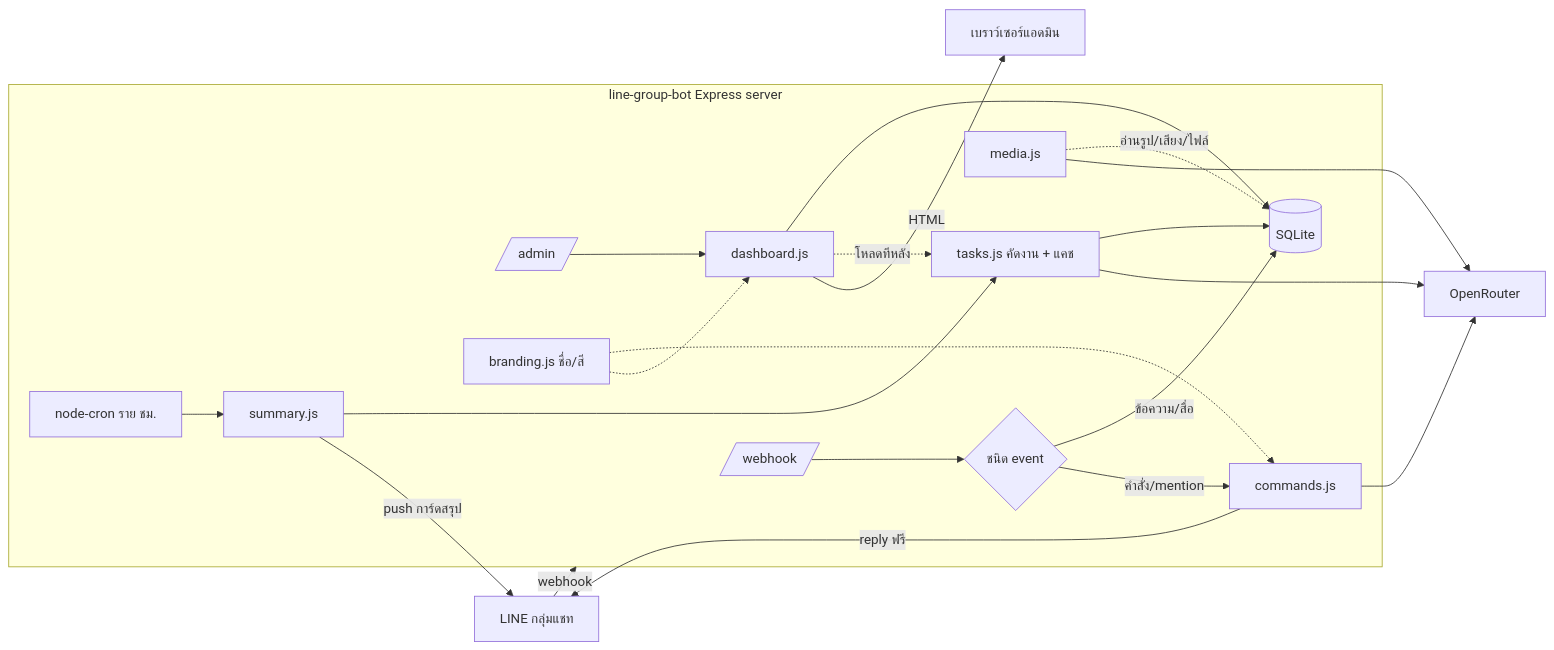
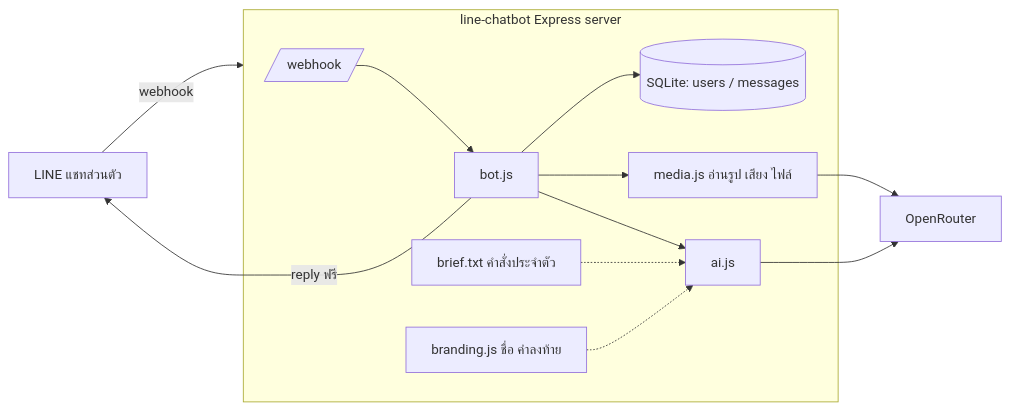
One commit to Panya-037/line-group-bot-share changed the first of 2 diagrams in WORKFLOW.md. Above: the diagram before and after it, drawn with Mermaid. The commit also changed other lines of this file and 28 other files, not shown here.

First line of the commit message:
feat: เปลี่ยนเป็นแชทบอทส่วนตัว 1:1 สั่งหน้าที่ด้วย brief.txt

````diff
--- a/WORKFLOW.md
+++ b/WORKFLOW.md
@@ -7,24 +7,15 @@
 ```mermaid
 flowchart LR
-    LINE[LINE กลุ่มแชท] -- webhook --> APP
-    subgraph APP[line-group-bot Express server]
-      WH[/webhook/] --> H{ชนิด event}
-      H -- ข้อความ/สื่อ --> LOG[(SQLite)]
-      H -- คำสั่ง/mention --> CMD[commands.js]
-      MEDIA[media.js] -.อ่านรูป/เสียง/ไฟล์.-> LOG
-      CRON[node-cron ราย ชม.] --> SUM[summary.js]
-      SUM --> TASK[tasks.js คัดงาน + แคช]
-      TASK --> LOG
-      ADMIN[/admin/] --> DASH[dashboard.js]
-      DASH --> LOG
-      DASH -. โหลดทีหลัง .-> TASK
-      BRAND[branding.js ชื่อ/สี] -.-> CMD
-      BRAND -.-> DASH
+    LINE[LINE แชทส่วนตัว] -- webhook --> APP
+    subgraph APP[line-chatbot Express server]
+      WH[/webhook/] --> BOT[bot.js]
+      BOT --> DB[(SQLite: users / messages)]
+      BOT --> MEDIA[media.js อ่านรูป เสียง ไฟล์]
+      BOT --> AI[ai.js]
+      BRIEF[brief.txt คำสั่งประจำตัว] -.-> AI
+      BRAND[branding.js ชื่อ คำลงท้าย] -.-> AI
     end
-    CMD -- reply ฟรี --> LINE
-    SUM -- push การ์ดสรุป --> LINE
-    CMD --> AI[OpenRouter]
-    TASK --> AI
-    MEDIA --> AI
-    DASH -- HTML --> BROWSER[เบราว์เซอร์แอดมิน]
+    MEDIA --> OR[OpenRouter]
+    AI --> OR
+    BOT -- reply ฟรี --> LINE
 ```
````
